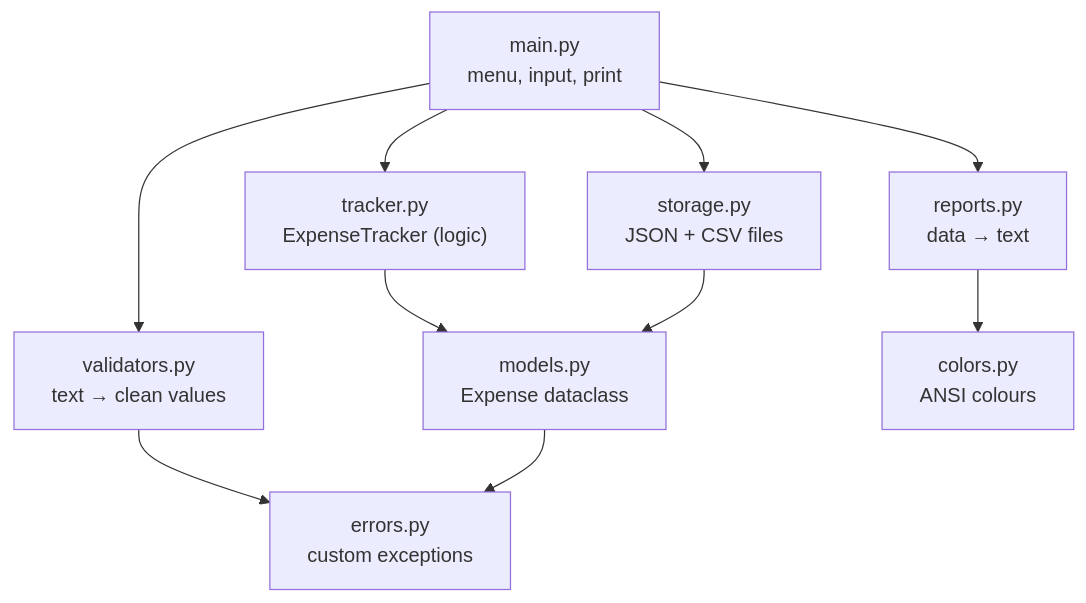
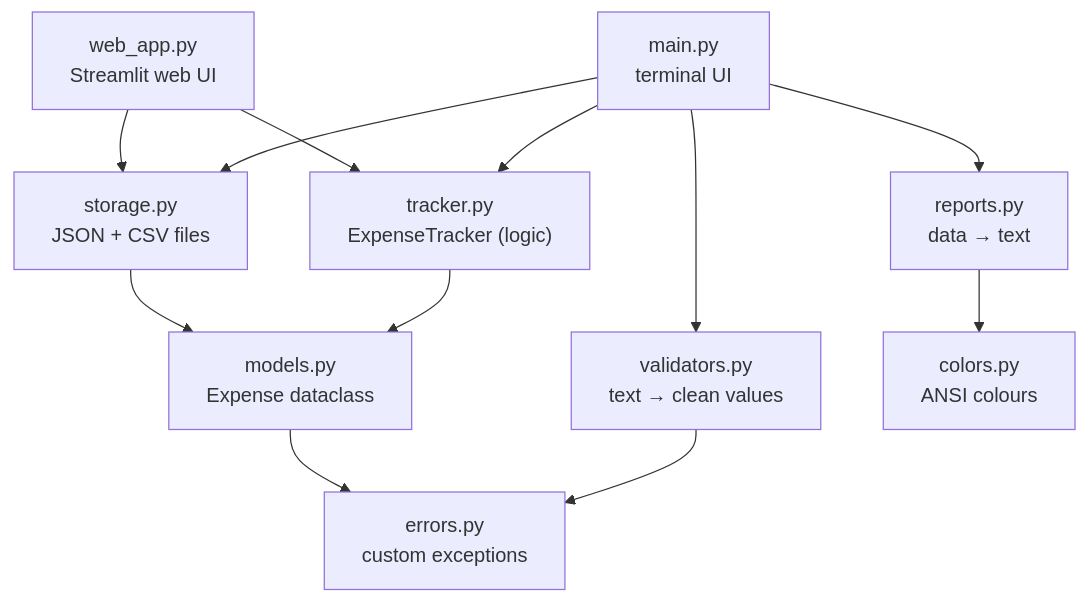
Before and after one commit to SangitaZare/python: the diagram in 10_mini_project/README.md, drawn with Mermaid. The commit also changed other lines of this file and 4 other files, not shown here.

First line of the commit message:
Add Streamlit web version of the Expense Tracker

````diff
--- a/10_mini_project/README.md
+++ b/10_mini_project/README.md
@@ -64,12 +93,14 @@
 ```mermaid
 flowchart TD
-    main["main.py<br/>menu, input, print"] --> validators["validators.py<br/>text → clean values"]
+    main["main.py<br/>terminal UI"] --> validators["validators.py<br/>text → clean values"]
     main --> tracker["tracker.py<br/>ExpenseTracker (logic)"]
     main --> reports["reports.py<br/>data → text"]
     main --> storage["storage.py<br/>JSON + CSV files"]
+    web["web_app.py<br/>Streamlit web UI"] --> tracker
+    web --> storage
     tracker --> models["models.py<br/>Expense dataclass"]
     storage --> models
     reports --> colors["colors.py<br/>ANSI colours"]
     validators --> errors["errors.py<br/>custom exceptions"]
     models --> errors
 ```
````
